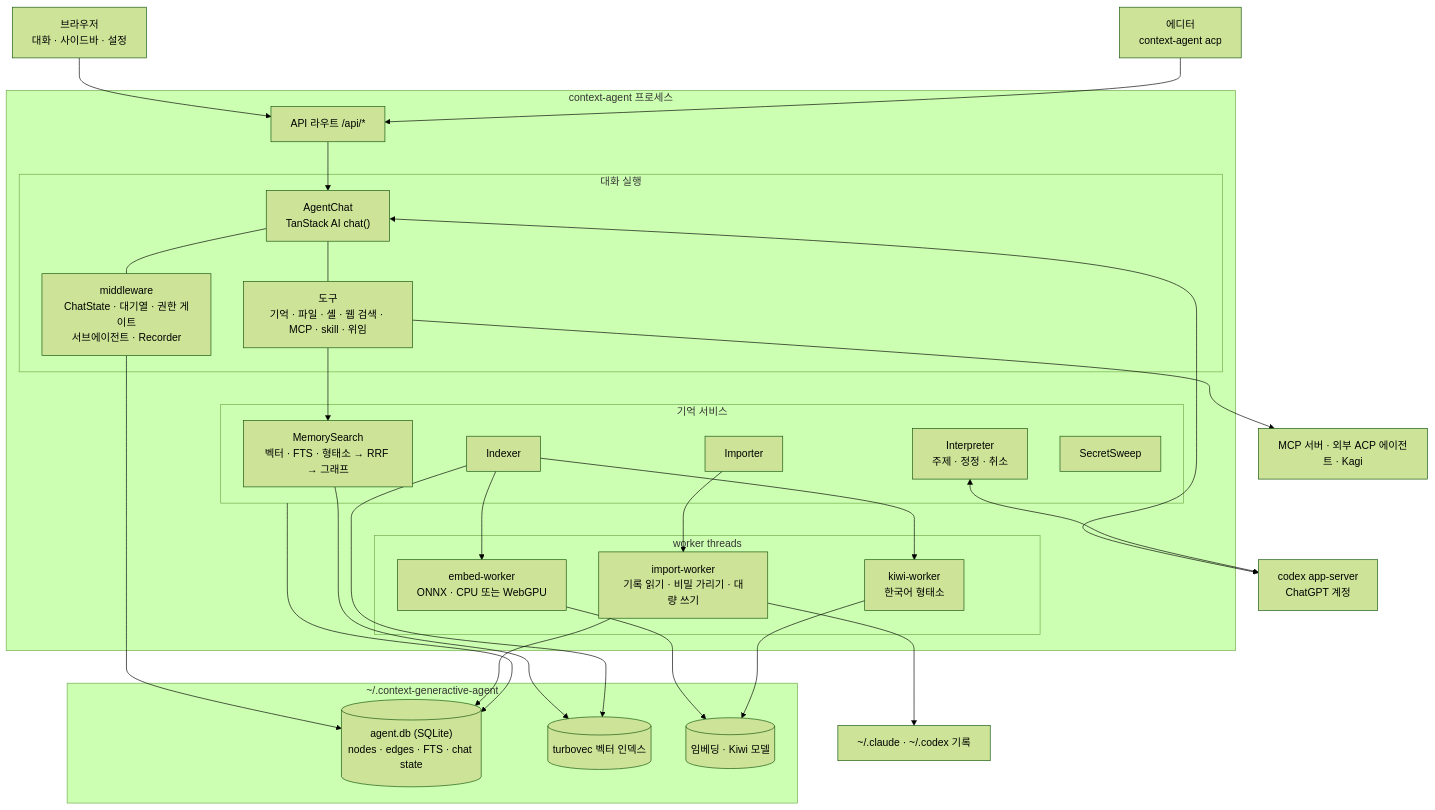
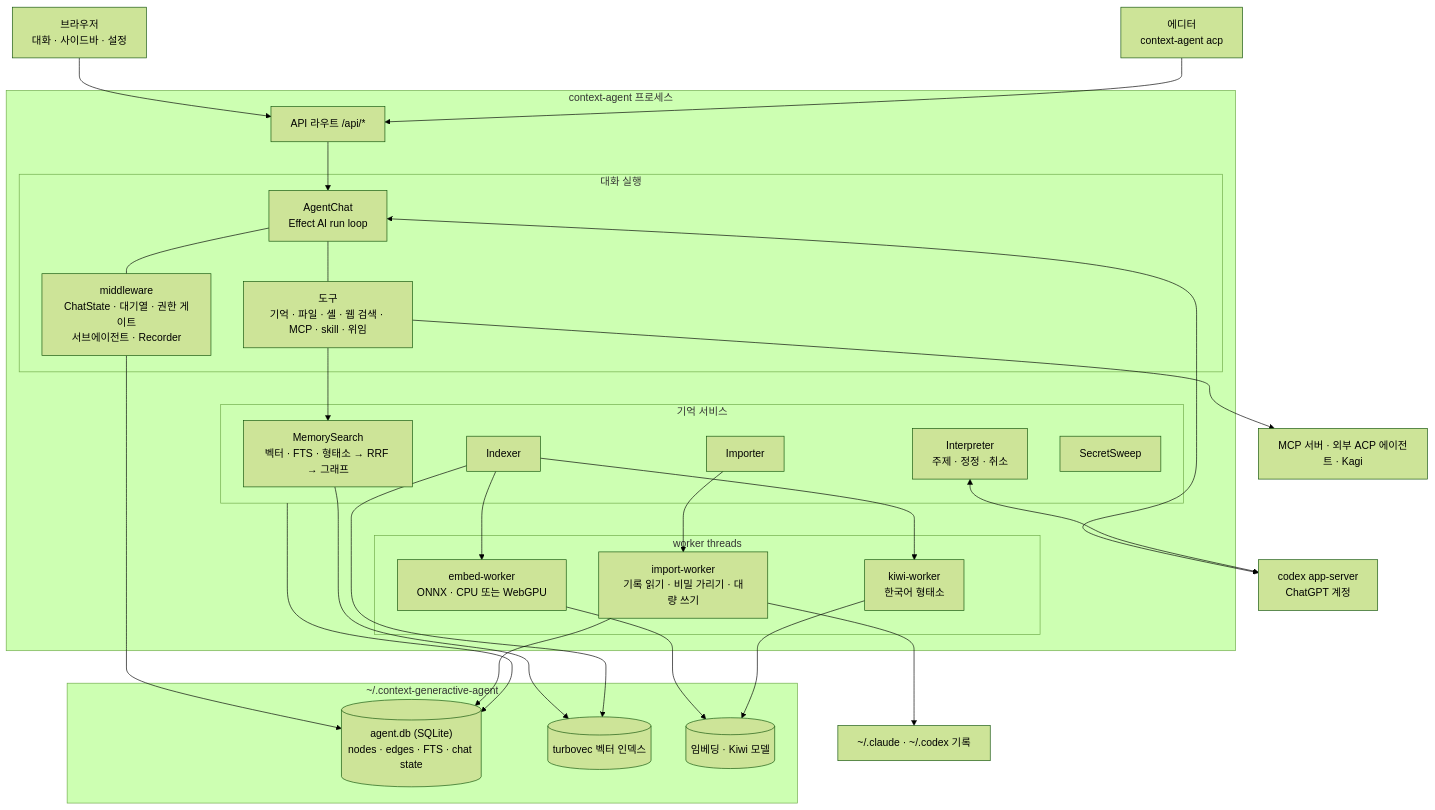
Before and after one commit to CreeJee/context-generactive-ai-agent: the first of 3 diagrams in README.md, drawn with Mermaid (forest theme). The commit also changed 14 other files, not shown here.

First line of the commit message:
build: TanStack AI 패키지와 patch를 지운다

````diff
--- a/README.md
+++ b/README.md
@@ -57,58 +57,58 @@
 ```mermaid
 flowchart TB
   Web["브라우저<br/>대화 · 사이드바 · 설정"] --> Routes
   Editor["에디터<br/>context-agent acp"] --> Routes
 
   subgraph App["context-agent 프로세스"]
     Routes["API 라우트 /api/*"] --> Chat
 
     subgraph Run["대화 실행"]
-      Chat["AgentChat<br/>TanStack AI chat()"]
+      Chat["AgentChat<br/>Effect AI run loop"]
       MW["middleware<br/>ChatState · 대기열 · 권한 게이트<br/>서브에이전트 · Recorder"]
       Tools["도구<br/>기억 · 파일 · 셸 · 웹 검색 · MCP · skill · 위임"]
       Chat --- MW
       Chat --- Tools
     end
 
     subgraph Memory["기억 서비스"]
       Search["MemorySearch<br/>벡터 · FTS · 형태소 → RRF → 그래프"]
       Indexer["Indexer"]
       Interp["Interpreter<br/>주제 · 정정 · 취소"]
       Importer["Importer"]
       Sweep["SecretSweep"]
     end
 
     subgraph Workers["worker threads"]
       Embed["embed-worker<br/>ONNX · CPU 또는 WebGPU"]
       Kiwi["kiwi-worker<br/>한국어 형태소"]
       ImportW["import-worker<br/>기록 읽기 · 비밀 가리기 · 대량 쓰기"]
     end
 
     Tools --> Search
     Indexer --> Embed
     Indexer --> Kiwi
     Importer --> ImportW
   end
 
   Codex["codex app-server<br/>ChatGPT 계정"]
   External["MCP 서버 · 외부 ACP 에이전트 · Kagi"]
   Transcripts["~/.claude · ~/.codex 기록"]
 
   subgraph Storage["~/.context-generactive-agent"]
     DB[("agent.db (SQLite)<br/>nodes · edges · FTS · chat state")]
     Vec[("turbovec 벡터 인덱스")]
     Models[("임베딩 · Kiwi 모델")]
   end
 
   Chat <--> Codex
   Interp <--> Codex
   Tools --> External
   ImportW --> Transcripts
   MW --> DB
   Memory --> DB
   Search --> Vec
   Indexer --> Vec
   ImportW --> DB
   Embed --> Models
   Kiwi --> Models
 ```
````
